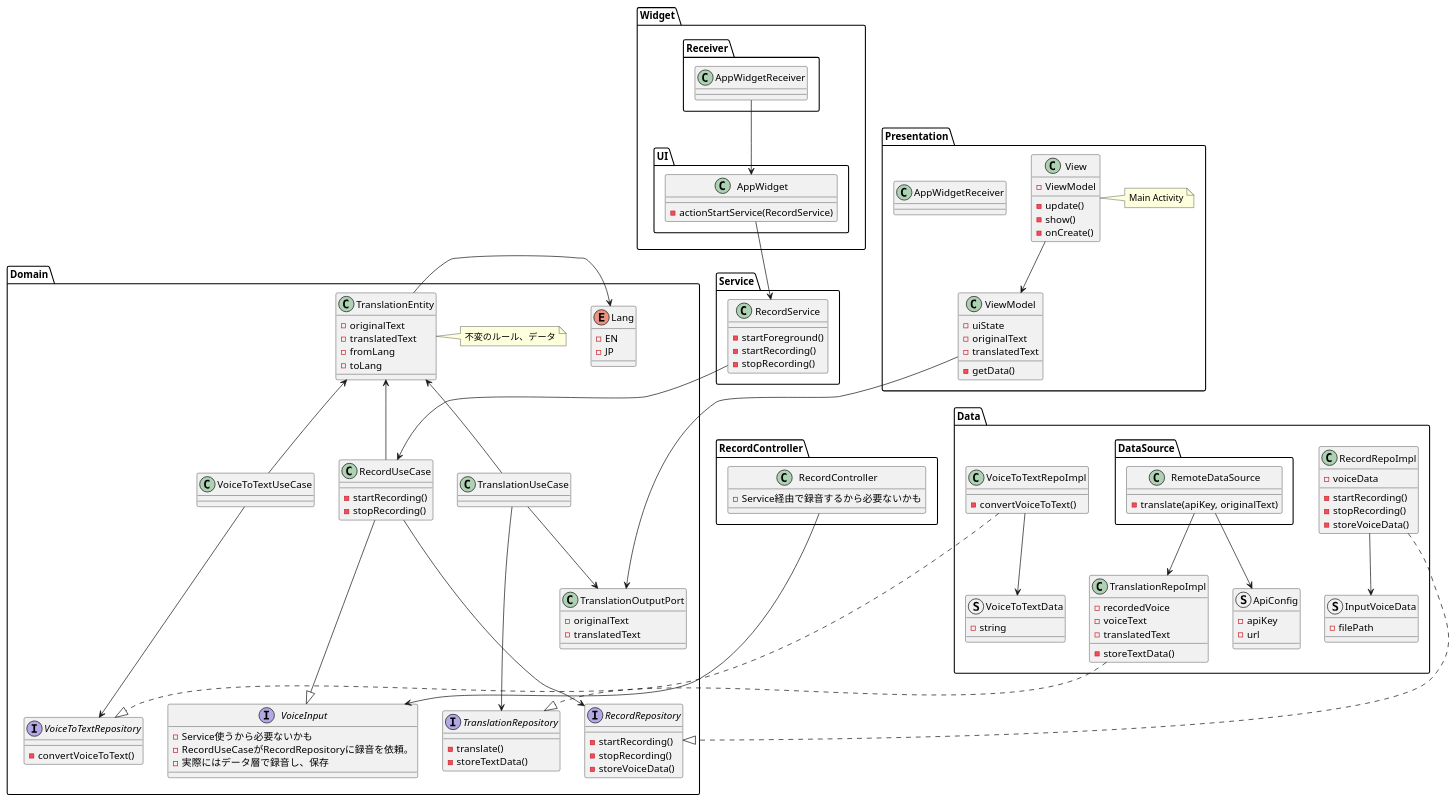
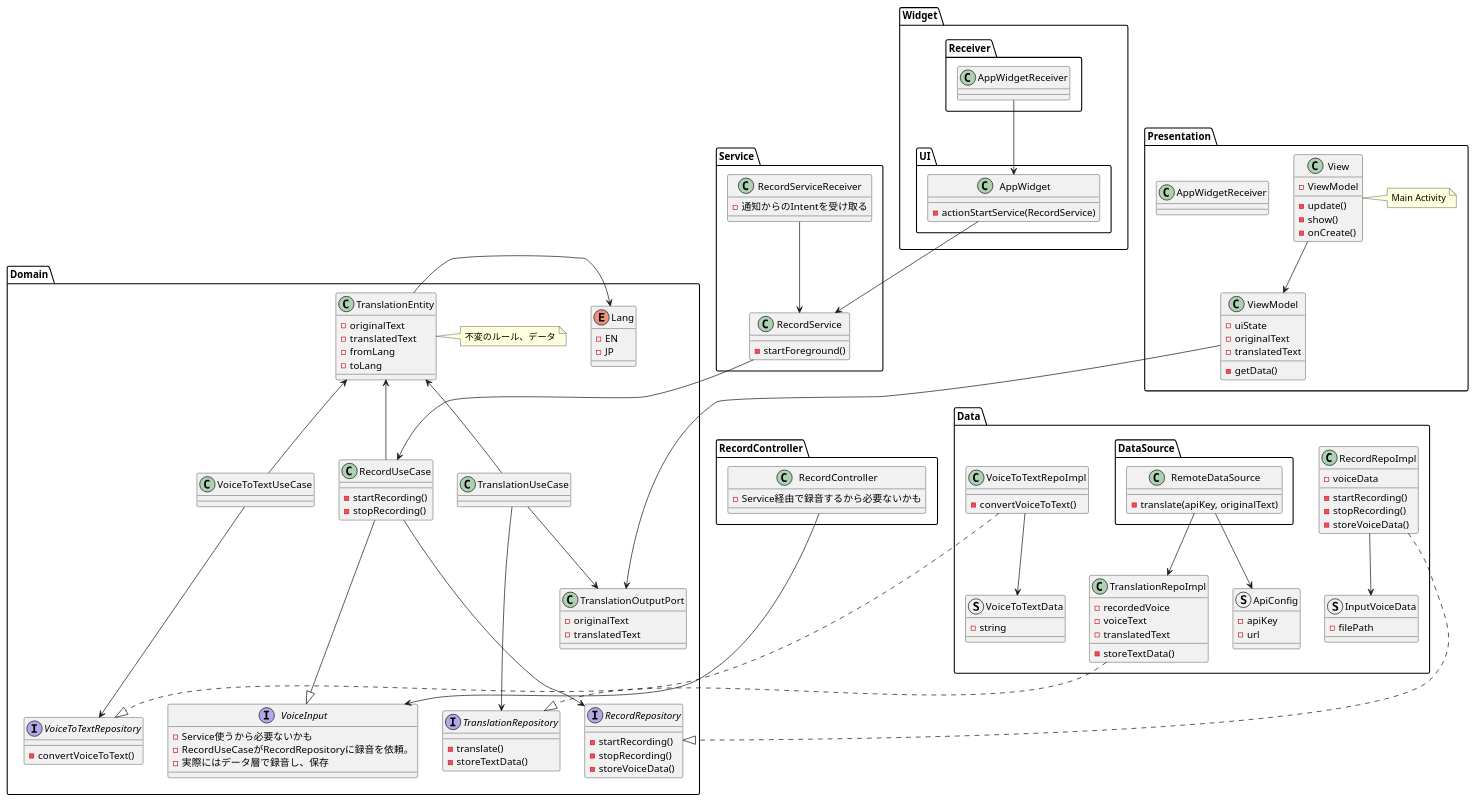
The diagram in app/docs/class_overview.puml (eight50/SeamlessTranslation), drawn with PlantUML before and after one commit. The commit also changed 4 other files, not shown here.

```diff
--- a/app/docs/class_overview.puml
+++ b/app/docs/class_overview.puml
@@ -165,10 +165,13 @@
 package Service {
     class RecordService {
         - startForeground()
-        - startRecording()
-        - stopRecording()
     }
 
+    class RecordServiceReceiver {
+        - 通知からのIntentを受け取る
+    }
+
+    RecordServiceReceiver --> RecordService
     RecordService --> RecordUseCase
 }
 
```
